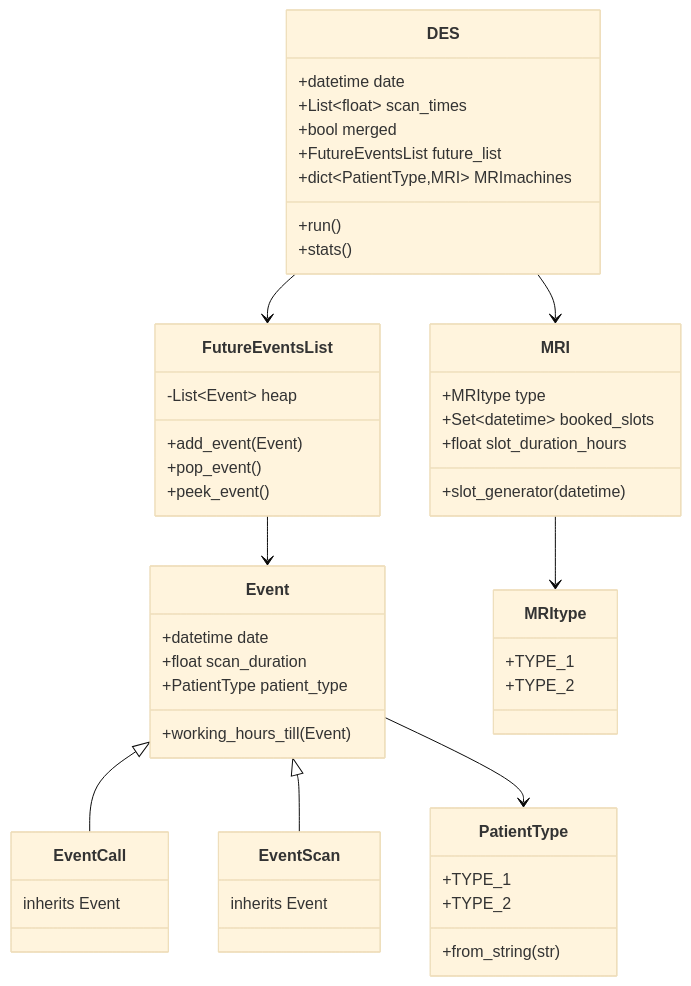
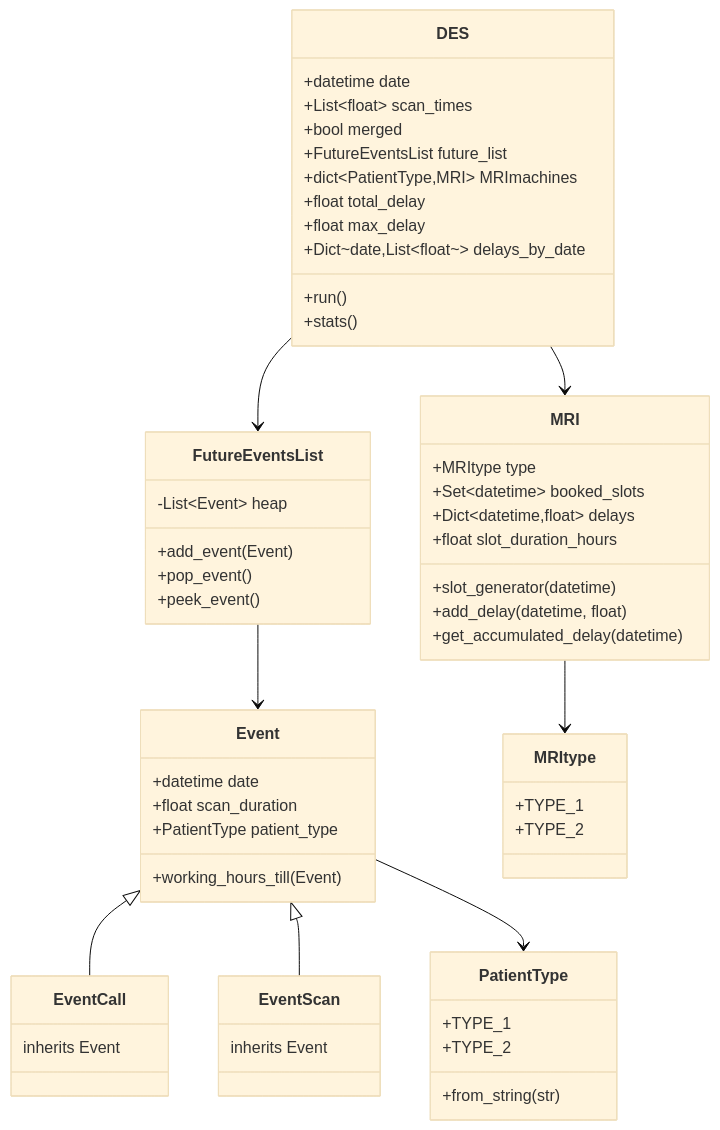
The diagram in README.md (QuinnCuijpers/Computational-Assignment), drawn with Mermaid (base theme) before and after one commit. The commit also changed other lines of this file and 3 other files, not shown here.

````diff
--- a/README.md
+++ b/README.md
@@ -10,52 +10,58 @@
 ```mermaid
 classDiagram
 class Event {
 +datetime date
 +float scan_duration
 +PatientType patient_type
 +working_hours_till(Event)
 }
 class EventCall {
 inherits Event
 }
 class EventScan {
 inherits Event
 }
 class PatientType {
 +TYPE_1
 +TYPE_2
 +from_string(str)
 }
 class MRItype {
 +TYPE_1
 +TYPE_2
 }
 class MRI {
 +MRItype type
 +Set~datetime~ booked_slots
++Dict~datetime,float~ delays
 +float slot_duration_hours
 +slot_generator(datetime)
++add_delay(datetime, float)
++get_accumulated_delay(datetime)
 }
 class FutureEventsList {
 -List~Event~ heap
 +add_event(Event)
 +pop_event()
 +peek_event()
 }
 class DES {
 +datetime date
 +List~float~ scan_times
 +bool merged
 +FutureEventsList future_list
 +dict~PatientType,MRI~ MRImachines
++float total_delay
++float max_delay
++Dict~date,List~float~~ delays_by_date
 +run()
 +stats()
 }
 Event <|-- EventCall
 Event <|-- EventScan
 Event --> PatientType
 MRI --> MRItype
 DES --> FutureEventsList
 DES --> MRI
 FutureEventsList --> Event
 ```
````
